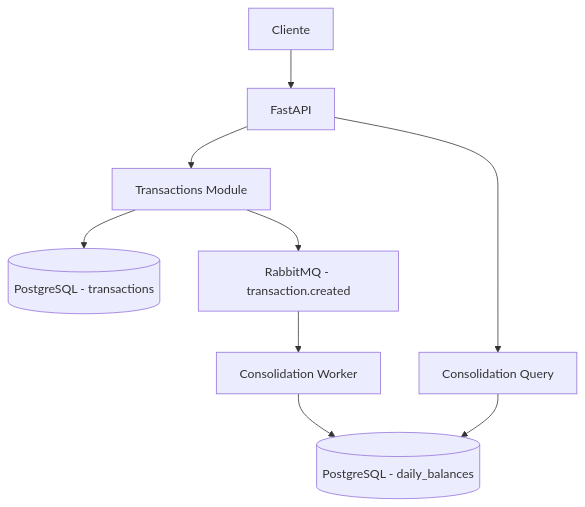
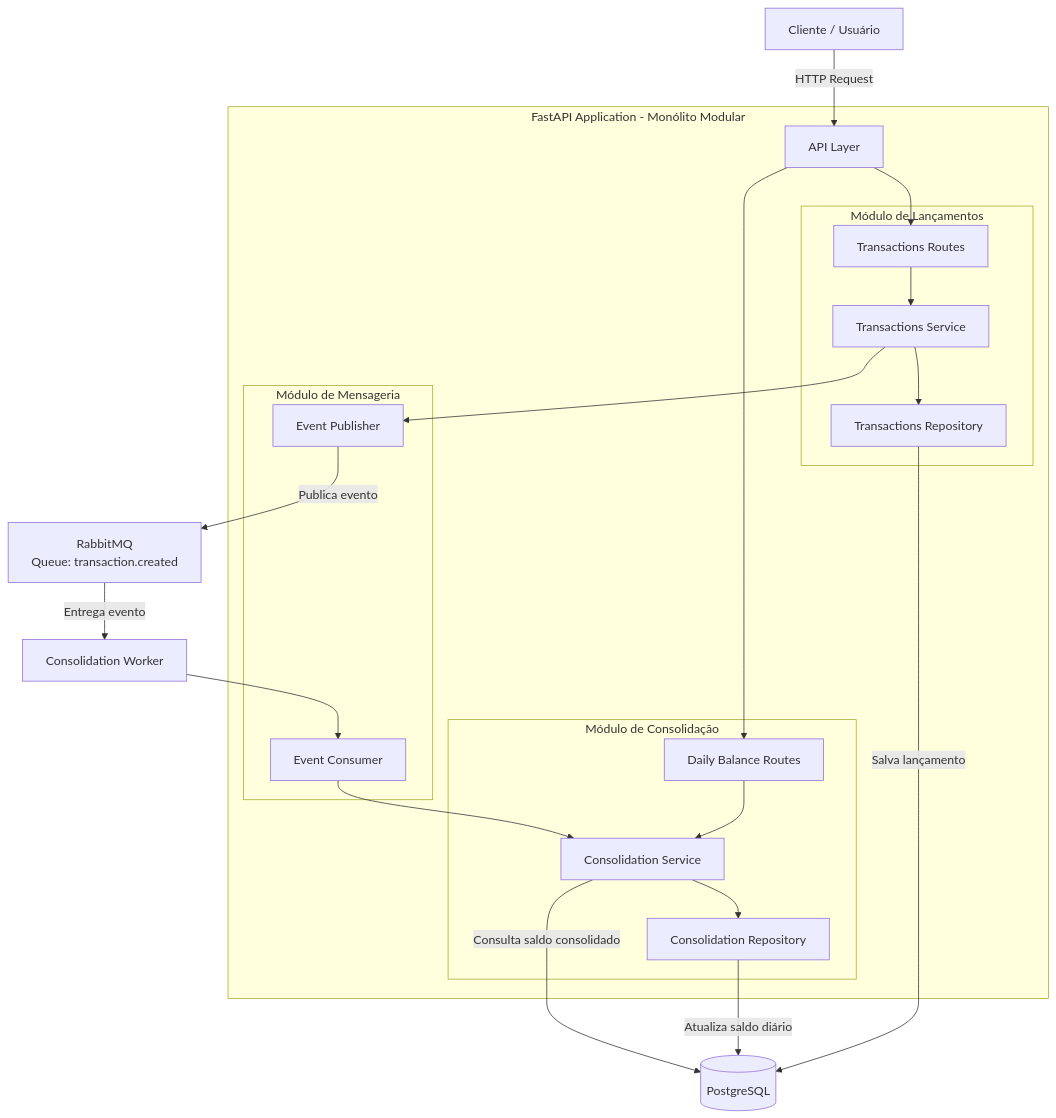
Before and after one commit to evosoftwares/cashflow-challenge-Gabriel: the second of 7 diagrams in docs/architecture.md, drawn with Mermaid. The commit also changed other lines of this file and 1 other file, not shown here.

Commit message:
Add Mermaid architecture diagrams

````diff
--- a/docs/architecture.md
+++ b/docs/architecture.md
@@ -15,11 +29,39 @@
 ```mermaid
 flowchart TD
-    A[Cliente] --> B[FastAPI]
-    B --> C[Transactions Module]
-    C --> D[(PostgreSQL - transactions)]
-    C --> E[RabbitMQ - transaction.created]
-    E --> F[Consolidation Worker]
-    F --> G[(PostgreSQL - daily_balances)]
-    B --> H[Consolidation Query]
-    H --> G
+    CLIENT[Cliente / Usuário]
+    subgraph APP[FastAPI Application - Monólito Modular]
+        API[API Layer]
+        subgraph TRANSACTIONS[Módulo de Lançamentos]
+            TRoutes[Transactions Routes]
+            TService[Transactions Service]
+            TRepo[Transactions Repository]
+        end
+        subgraph CONSOLIDATION[Módulo de Consolidação]
+            CRoutes[Daily Balance Routes]
+            CService[Consolidation Service]
+            CRepo[Consolidation Repository]
+        end
+        subgraph MESSAGING[Módulo de Mensageria]
+            Publisher[Event Publisher]
+            Consumer[Event Consumer]
+        end
+    end
+    DB[(PostgreSQL)]
+    MQ[RabbitMQ<br/>Queue: transaction.created]
+    WORKER[Consolidation Worker]
+    CLIENT -->|HTTP Request| API
+    API --> TRoutes
+    TRoutes --> TService
+    TService --> TRepo
+    TRepo -->|Salva lançamento| DB
+    TService --> Publisher
+    Publisher -->|Publica evento| MQ
+    MQ -->|Entrega evento| WORKER
+    WORKER --> Consumer
+    Consumer --> CService
+    CService --> CRepo
+    CRepo -->|Atualiza saldo diário| DB
+    API --> CRoutes
+    CRoutes --> CService
+    CService -->|Consulta saldo consolidado| DB
 ```
````
